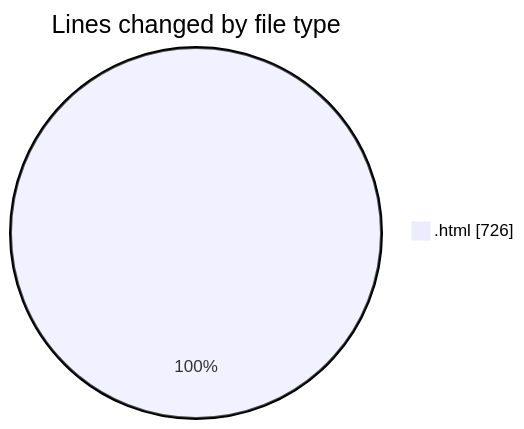
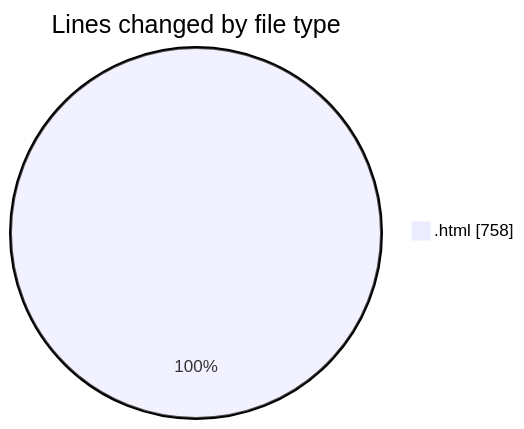
Before and after one commit to shibass792/code-tracking: the first of 2 diagrams in 2026-07-16/panel/README.md, drawn with Mermaid. The commit also changed other lines of this file and 1 other file, not shown here.

````diff
--- a/2026-07-16/panel/README.md
+++ b/2026-07-16/panel/README.md
@@ -20,5 +20,5 @@
 ```mermaid
 pie showData
 title Lines changed by file type
-".html" : 726
+".html" : 758
 ```
````
